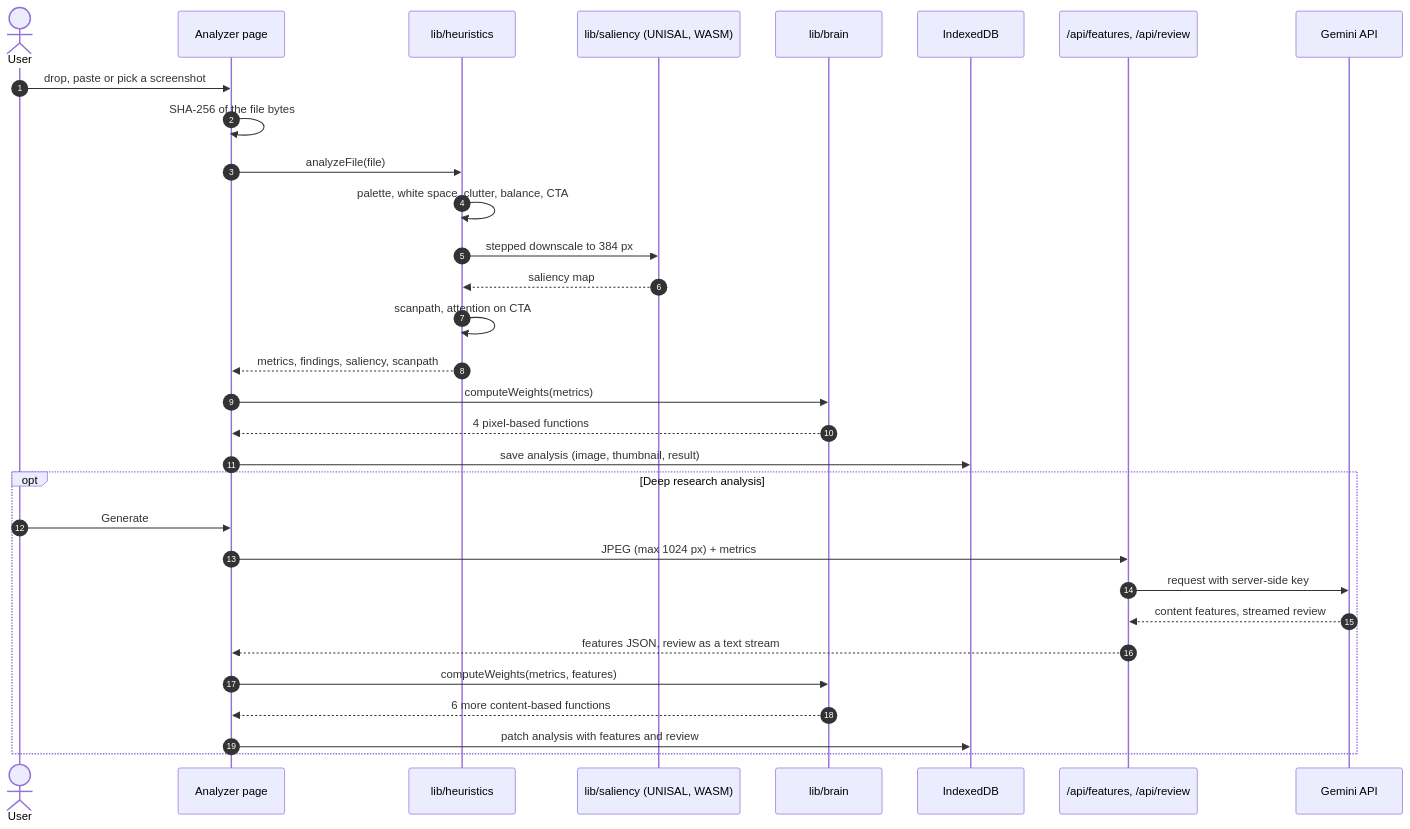
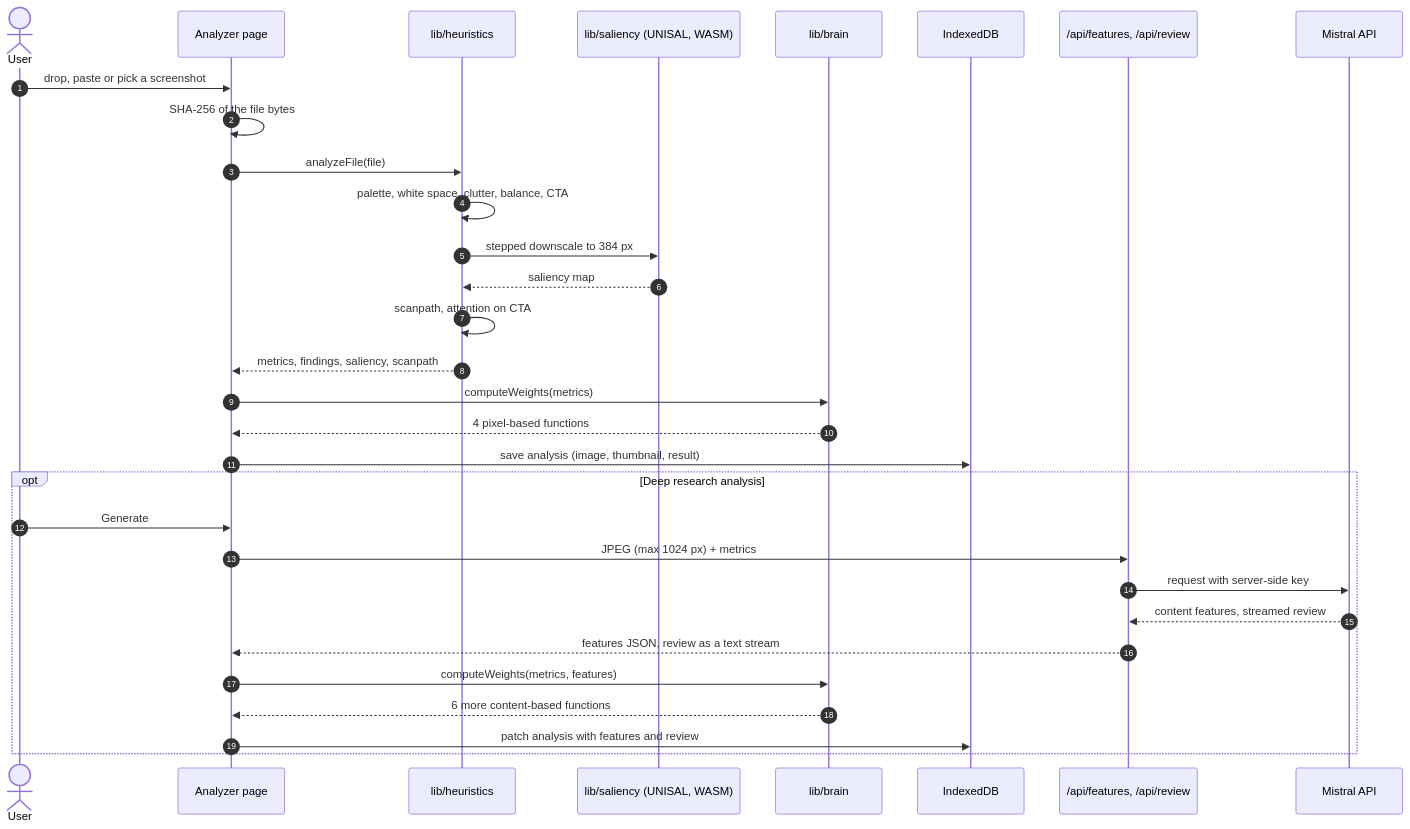
Before and after one commit to Mavett24/neuro-ui-analyzer: the diagram in docs/ARCHITECTURE.md, drawn with Mermaid. The commit also changed other lines of this file and 15 other files, not shown here.

First line of the commit message:
feat: run the deep analysis on Mistral instead of Gemini

````diff
--- a/docs/ARCHITECTURE.md
+++ b/docs/ARCHITECTURE.md
@@ -9,34 +9,34 @@
 ```mermaid
 sequenceDiagram
     autonumber
     actor U as User
     participant P as Analyzer page
     participant H as lib/heuristics
     participant S as lib/saliency (UNISAL, WASM)
     participant B as lib/brain
     participant DB as IndexedDB
     participant API as /api/features, /api/review
-    participant G as Gemini API
+    participant G as Mistral API
 
     U->>P: drop, paste or pick a screenshot
     P->>P: SHA-256 of the file bytes
     P->>H: analyzeFile(file)
     H->>H: palette, white space, clutter, balance, CTA
     H->>S: stepped downscale to 384 px
     S-->>H: saliency map
     H->>H: scanpath, attention on CTA
     H-->>P: metrics, findings, saliency, scanpath
     P->>B: computeWeights(metrics)
     B-->>P: 4 pixel-based functions
     P->>DB: save analysis (image, thumbnail, result)
     opt Deep research analysis
         U->>P: Generate
         P->>API: JPEG (max 1024 px) + metrics
         API->>G: request with server-side key
         G-->>API: content features, streamed review
         API-->>P: features JSON, review as a text stream
         P->>B: computeWeights(metrics, features)
         B-->>P: 6 more content-based functions
         P->>DB: patch analysis with features and review
     end
 ```
````
